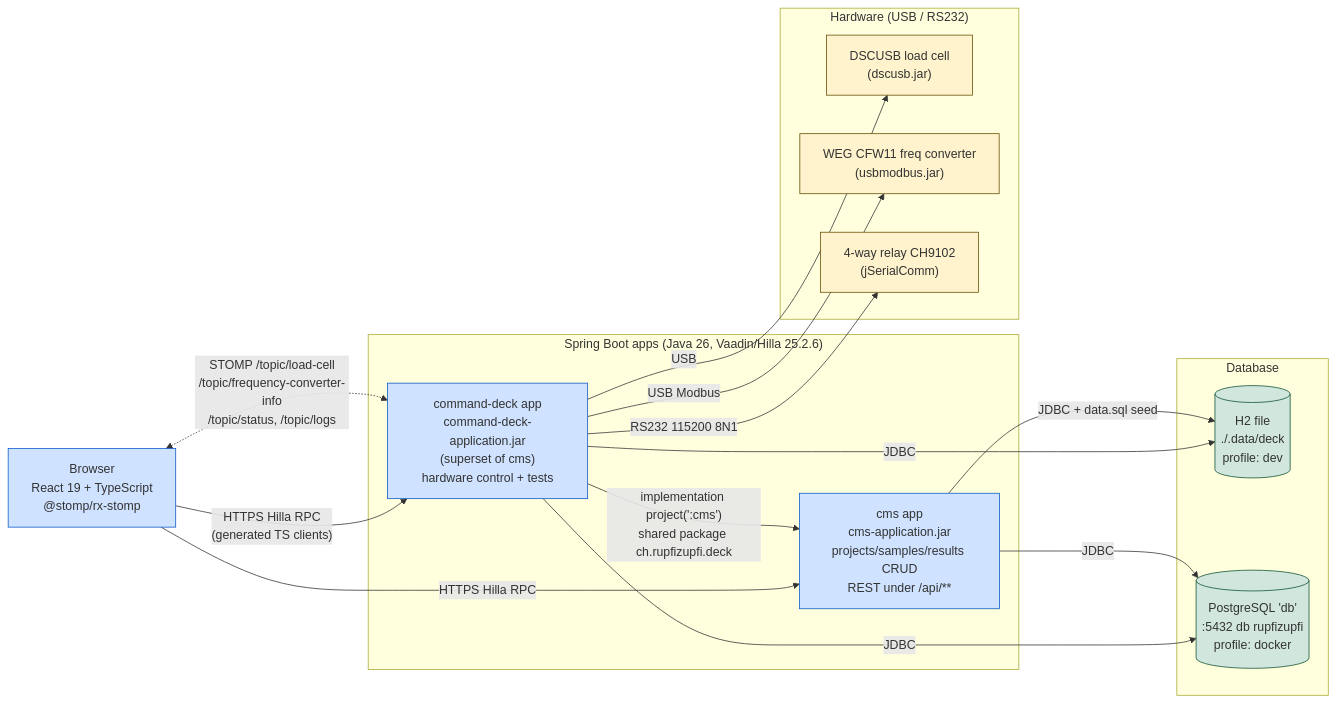
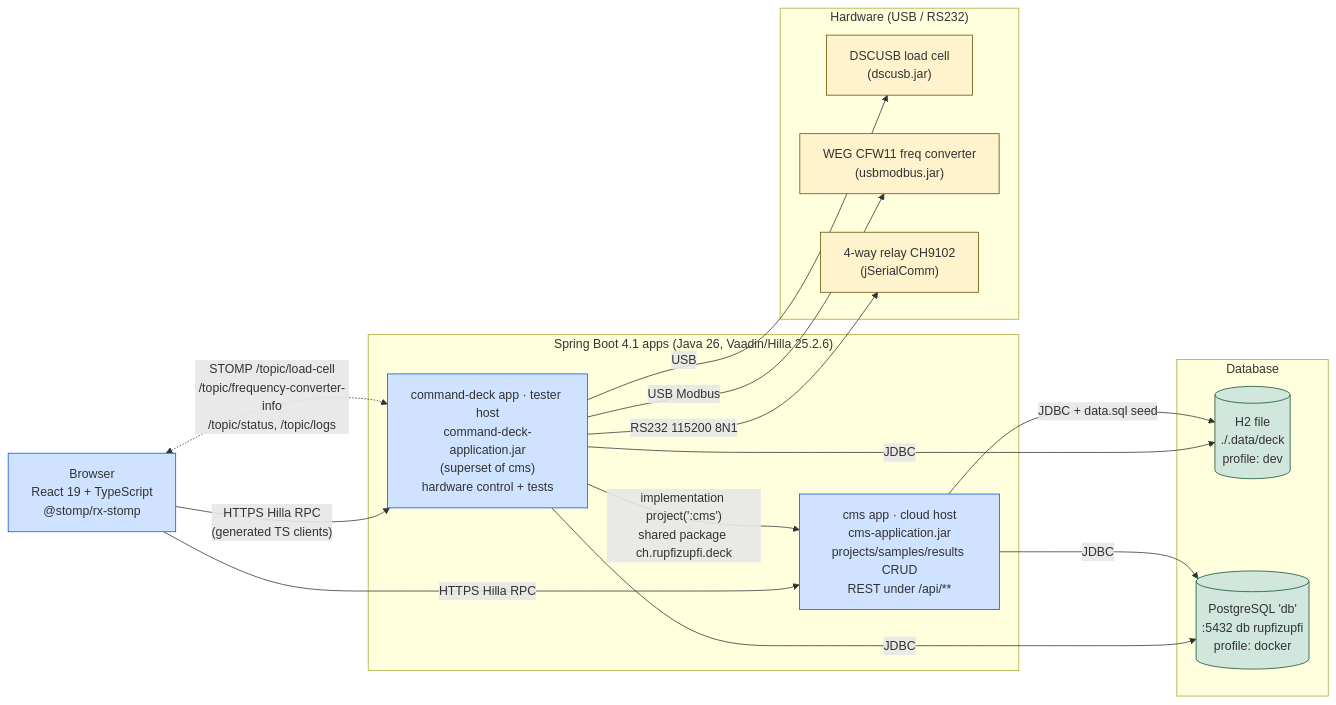
Before and after one commit to rupfizupfi/breaktest-command-deck: the diagram in doc/diagrams/src/c4-container.mmd, drawn with Mermaid. The commit also changed 69 other files, not shown here.

```diff
--- a/doc/diagrams/src/c4-container.mmd
+++ b/doc/diagrams/src/c4-container.mmd
@@ -1,40 +1,40 @@
 %% C4 Container diagram for Breaktest Command Deck
-%% Branch: dev-split @ 2026-04-25
+%% Branch: main @ 2026-08-29
 %% Sources: settings.gradle, docker/docker-compose.yaml, application*.properties,
 %%          command-deck/build.gradle (depends on :cms), lib/dscusb.jar
 flowchart LR
     BR["Browser<br/>React 19 + TypeScript<br/>@stomp/rx-stomp"]:::container
 
-    subgraph Apps["Spring Boot apps (Java 26, Vaadin/Hilla 25.2.6)"]
-        DECK["command-deck app<br/>command-deck-application.jar<br/>(superset of cms)<br/>hardware control + tests"]:::container
-        CMS["cms app<br/>cms-application.jar<br/>projects/samples/results CRUD<br/>REST under /api/**"]:::container
+    subgraph Apps["Spring Boot 4.1 apps (Java 26, Vaadin/Hilla 25.2.6)"]
+        DECK["command-deck app · tester host<br/>command-deck-application.jar<br/>(superset of cms)<br/>hardware control + tests"]:::container
+        CMS["cms app · cloud host<br/>cms-application.jar<br/>projects/samples/results CRUD<br/>REST under /api/**"]:::container
     end
 
     subgraph DB["Database"]
         H2[("H2 file<br/>./.data/deck<br/>profile: dev")]:::store
         PG[("PostgreSQL 'db'<br/>:5432 db rupfizupfi<br/>profile: docker")]:::store
     end
 
     subgraph HW["Hardware (USB / RS232)"]
         LC["DSCUSB load cell<br/>(dscusb.jar)"]:::hw
         CFW["WEG CFW11 freq converter<br/>(usbmodbus.jar)"]:::hw
         REL["4-way relay CH9102<br/>(jSerialComm)"]:::hw
     end
 
     BR -- "HTTPS Hilla RPC<br/>(generated TS clients)" --> DECK
     BR -- "HTTPS Hilla RPC" --> CMS
     BR <-. "STOMP /topic/load-cell<br/>/topic/frequency-converter-info<br/>/topic/status, /topic/logs" .-> DECK
 
     DECK -- "implementation project(':cms')<br/>shared package ch.rupfizupfi.deck" --> CMS
     DECK -- "JDBC" --> H2
     DECK -- "JDBC" --> PG
     CMS -- "JDBC + data.sql seed" --> H2
     CMS -- "JDBC" --> PG
 
     DECK -- "USB" --> LC
     DECK -- "USB Modbus" --> CFW
     DECK -- "RS232 115200 8N1" --> REL
 
     classDef container fill:#cfe2ff,stroke:#0a58ca
     classDef store fill:#d1e7dd,stroke:#0f5132
     classDef hw fill:#fff3cd,stroke:#664d03
```
